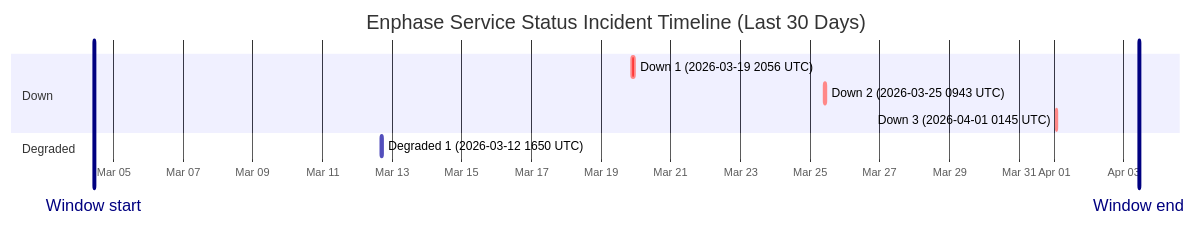
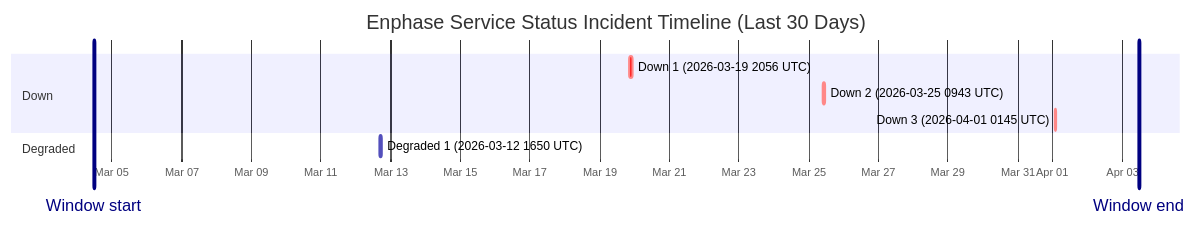
The diagram in wiki/Service-Status-History.md (barneyonline/ha-enphase-ev-charger), drawn with Mermaid before and after one commit. The commit also changed other lines of this file and 3 other files, not shown here.

````diff
--- a/wiki/Service-Status-History.md
+++ b/wiki/Service-Status-History.md
@@ -14,14 +14,14 @@
 ```mermaid
 gantt
     title Enphase Service Status Incident Timeline (Last 30 Days)
     dateFormat  YYYY-MM-DDTHH:mm:ss
     axisFormat  %b %d
-    Window start :vert, window-start, 2026-03-04T10:42:24, 0ms
-    Window end :vert, window-end, 2026-04-03T10:42:24, 0ms
+    Window start :vert, window-start, 2026-03-04T11:37:07, 0ms
+    Window end :vert, window-end, 2026-04-03T11:37:07, 0ms
     section Down
     Down 1 (2026-03-19 2056 UTC) :crit, down-1, 2026-03-19T20:56:20, 145m
     Down 2 (2026-03-25 0943 UTC) :crit, down-2, 2026-03-25T09:43:28, 111m
     Down 3 (2026-04-01 0145 UTC) :crit, down-3, 2026-04-01T01:45:09, 60m
     section Degraded
     Degraded 1 (2026-03-12 1650 UTC) :active, degraded-1, 2026-03-12T16:50:43, 60m
 ```
````
